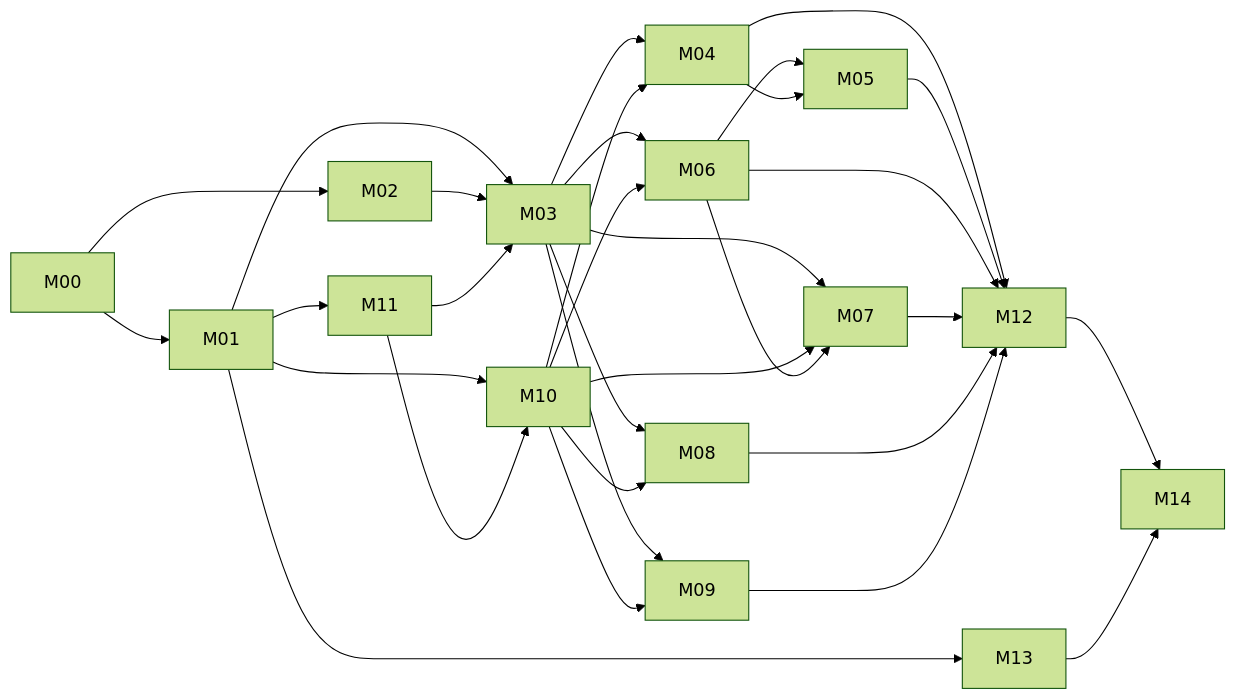
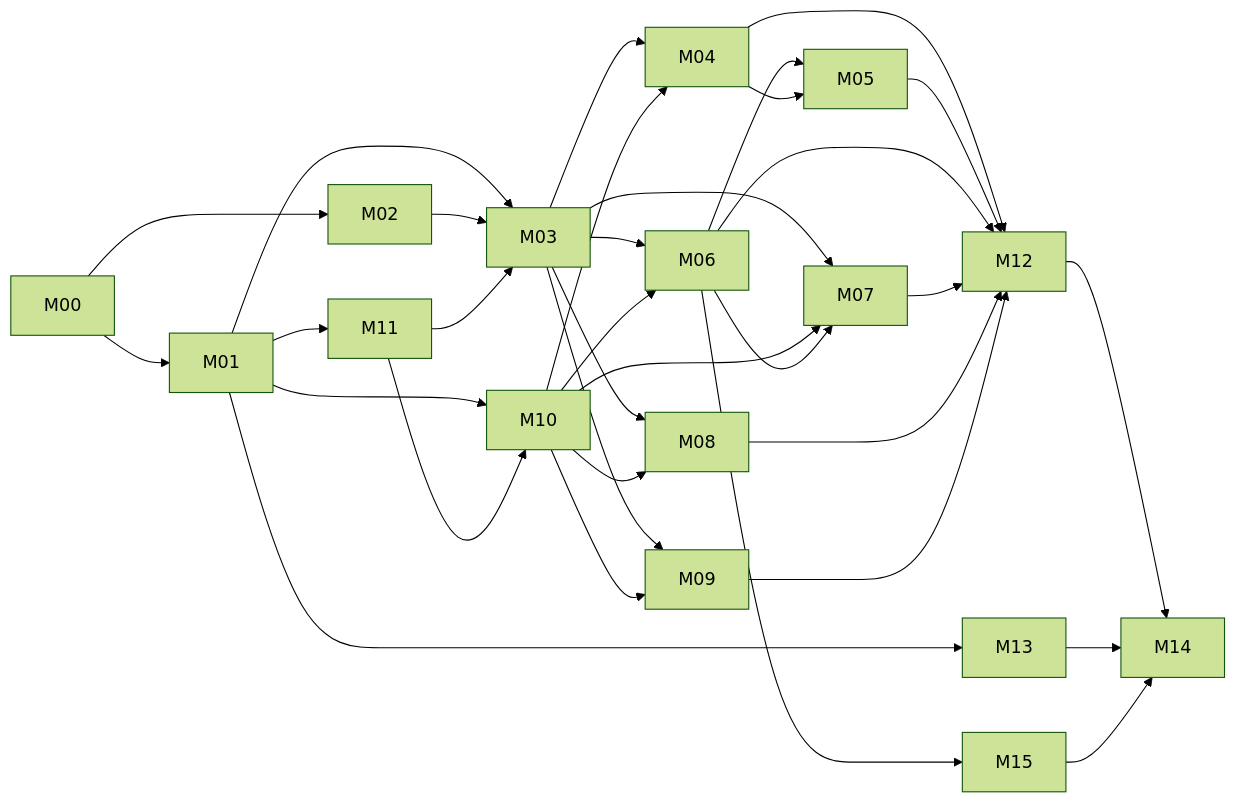
Before and after one commit to vincentlkl/tamanly: the diagram in docs/superpowers/plans/2026-10-04-tamanly-platform/README.md, drawn with Mermaid (forest theme). The commit also changed other lines of this file and 8 other files, not shown here.

````diff
--- a/docs/superpowers/plans/2026-10-04-tamanly-platform/README.md
+++ b/docs/superpowers/plans/2026-10-04-tamanly-platform/README.md
@@ -82,13 +88,14 @@
 ```mermaid
 flowchart LR
   M00 --> M01 & M02
   M01 --> M11 & M03 & M10 & M13
   M02 --> M03
   M11 --> M03 & M10
   M03 --> M04 & M06 & M07 & M08 & M09
   M10 --> M04 & M06 & M07 & M08 & M09
   M06 --> M07 & M05
   M04 --> M05
   M04 & M05 & M06 & M07 & M08 & M09 --> M12
-  M12 & M13 --> M14
+  M06 --> M15
+  M12 & M13 & M15 --> M14
 ```
````
